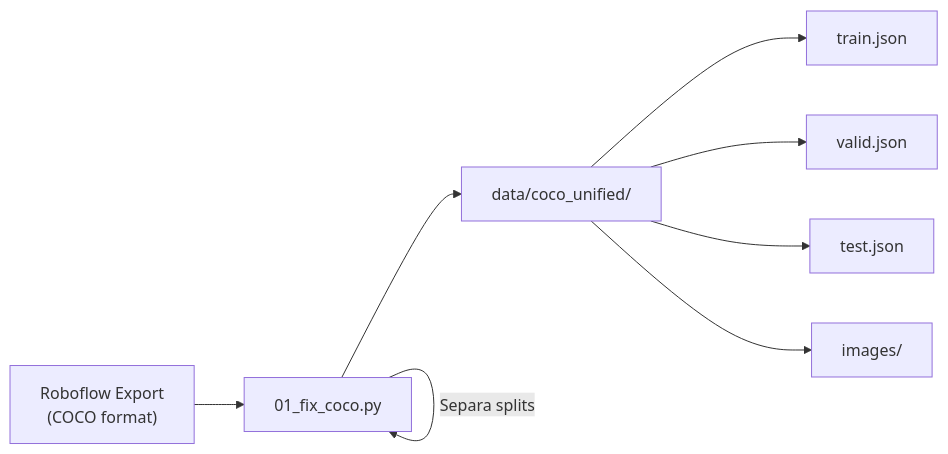
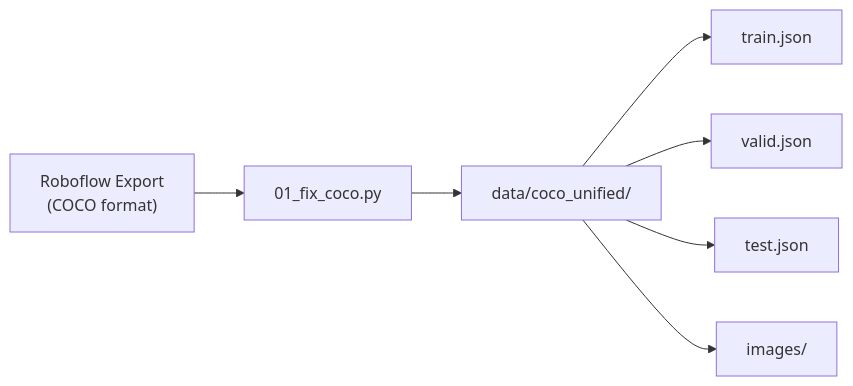
One commit to alexdme1/py_PROYECTO_H changed the second of 3 diagrams in README.md. Above: the diagram before and after it, drawn with Mermaid. The commit also changed other lines of this file, not shown here.

Commit message:
docs: rehacer README limpio con Mermaid

````diff
--- a/README.md
+++ b/README.md
@@ -193,14 +180,9 @@
 ```mermaid
 flowchart LR
-    A["Roboflow Export\n(COCO format)"] --> B["01_fix_coco.py"]
+    A["Roboflow Export<br/>(COCO format)"] --> B["01_fix_coco.py"]
     B --> C["data/coco_unified/"]
-    
-    B -- "Rota 90° CCW" --> B
-    B -- "Unifica categorías" --> B
-    B -- "Separa splits" --> B
-    
     C --> D["train.json"]
-    C --> E["valid.json"]  
+    C --> E["valid.json"]
     C --> F["test.json"]
     C --> G["images/"]
 ```
````
